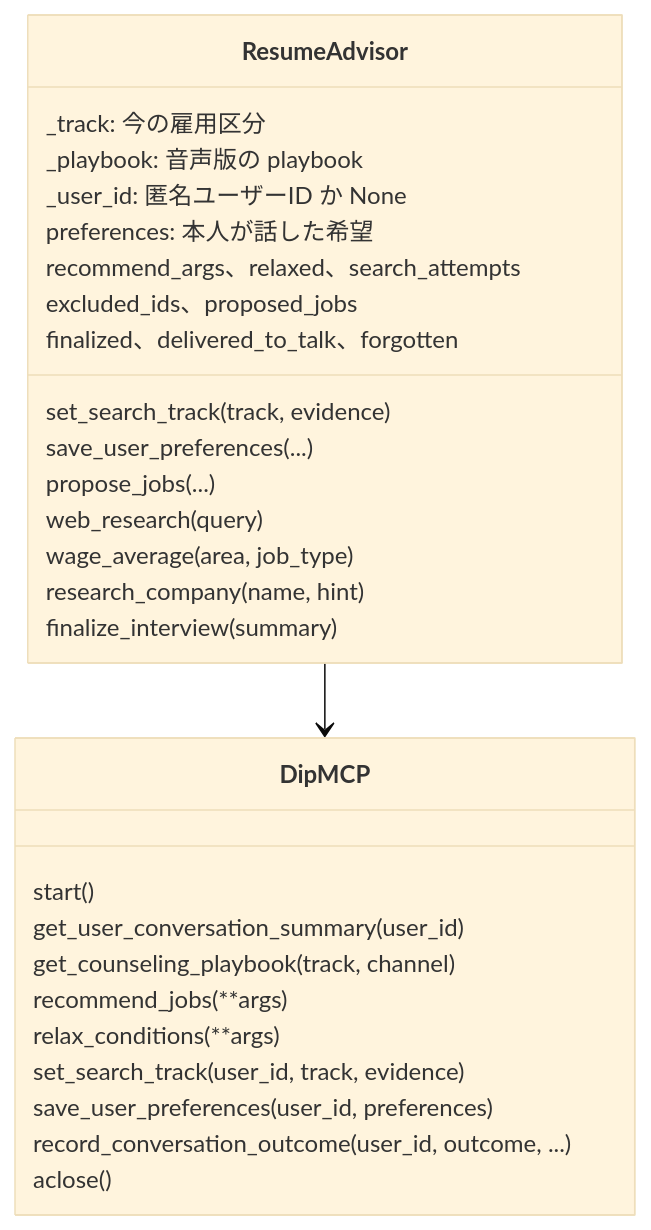
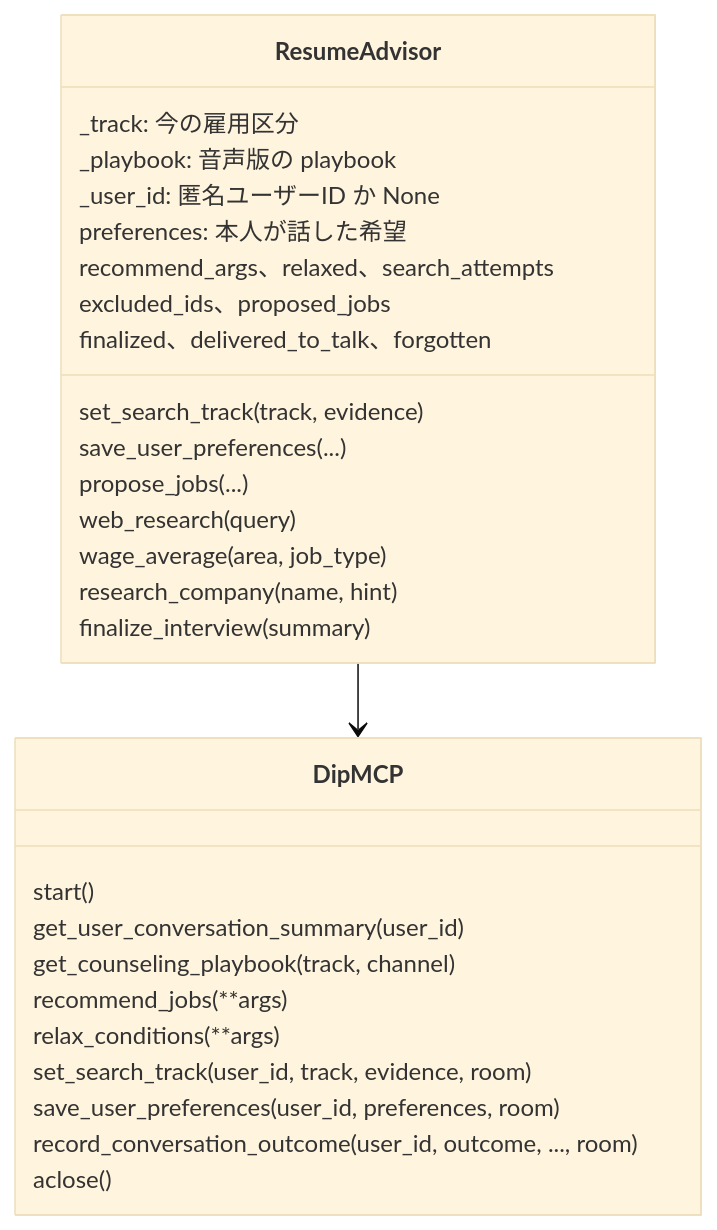
One commit to jyoka/aica changed the third of 11 diagrams in docs/architecture/lld.md. Above: the diagram before and after it, drawn with Mermaid (base theme). The commit also changed other lines of this file and 10 other files, not shown here.

````diff
--- a/docs/architecture/lld.md
+++ b/docs/architecture/lld.md
@@ -247,31 +247,31 @@
 ```mermaid
 classDiagram
     class ResumeAdvisor {
         _track: 今の雇用区分
         _playbook: 音声版の playbook
         _user_id: 匿名ユーザーID か None
         preferences: 本人が話した希望
         recommend_args、relaxed、search_attempts
         excluded_ids、proposed_jobs
         finalized、delivered_to_talk、forgotten
         set_search_track(track, evidence)
         save_user_preferences(...)
         propose_jobs(...)
         web_research(query)
         wage_average(area, job_type)
         research_company(name, hint)
         finalize_interview(summary)
     }
     class DipMCP {
         start()
         get_user_conversation_summary(user_id)
         get_counseling_playbook(track, channel)
         recommend_jobs(**args)
         relax_conditions(**args)
-        set_search_track(user_id, track, evidence)
-        save_user_preferences(user_id, preferences)
-        record_conversation_outcome(user_id, outcome, ...)
+        set_search_track(user_id, track, evidence, room)
+        save_user_preferences(user_id, preferences, room)
+        record_conversation_outcome(user_id, outcome, ..., room)
         aclose()
     }
     ResumeAdvisor --> DipMCP
 ```
````
